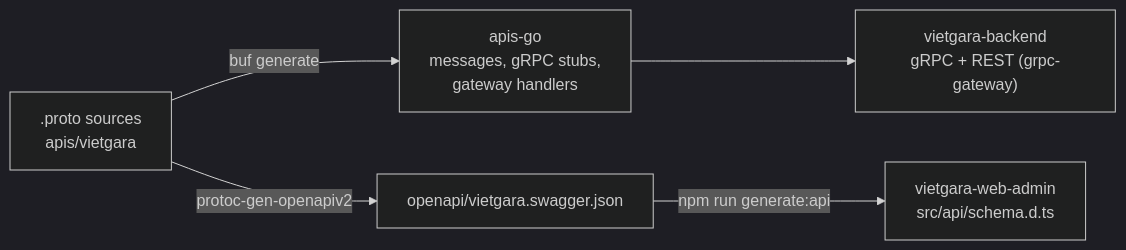
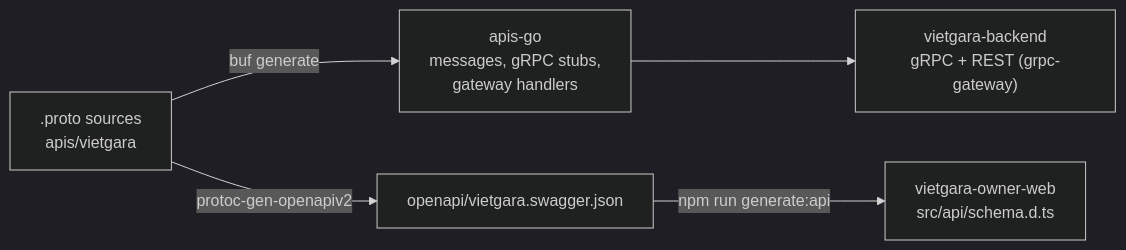
Before and after one commit to viettechno/vietgara-proto: the diagram in README.md, drawn with Mermaid (dark theme). The commit also changed other lines of this file, not shown here.

Commit message:
docs: update repo names (platform-admin → admin-web, web-admin → owner-web)

````diff
--- a/README.md
+++ b/README.md
@@ -52,7 +52,7 @@
 ```mermaid
 flowchart LR
   P[".proto sources<br/>apis/vietgara"] -->|buf generate| G["apis-go<br/>messages, gRPC stubs,<br/>gateway handlers"]
   P -->|protoc-gen-openapiv2| O["openapi/vietgara.swagger.json"]
   G --> B["vietgara-backend<br/>gRPC + REST (grpc-gateway)"]
-  O -->|npm run generate:api| W["vietgara-web-admin<br/>src/api/schema.d.ts"]
+  O -->|npm run generate:api| W["vietgara-owner-web<br/>src/api/schema.d.ts"]
 ```
````
